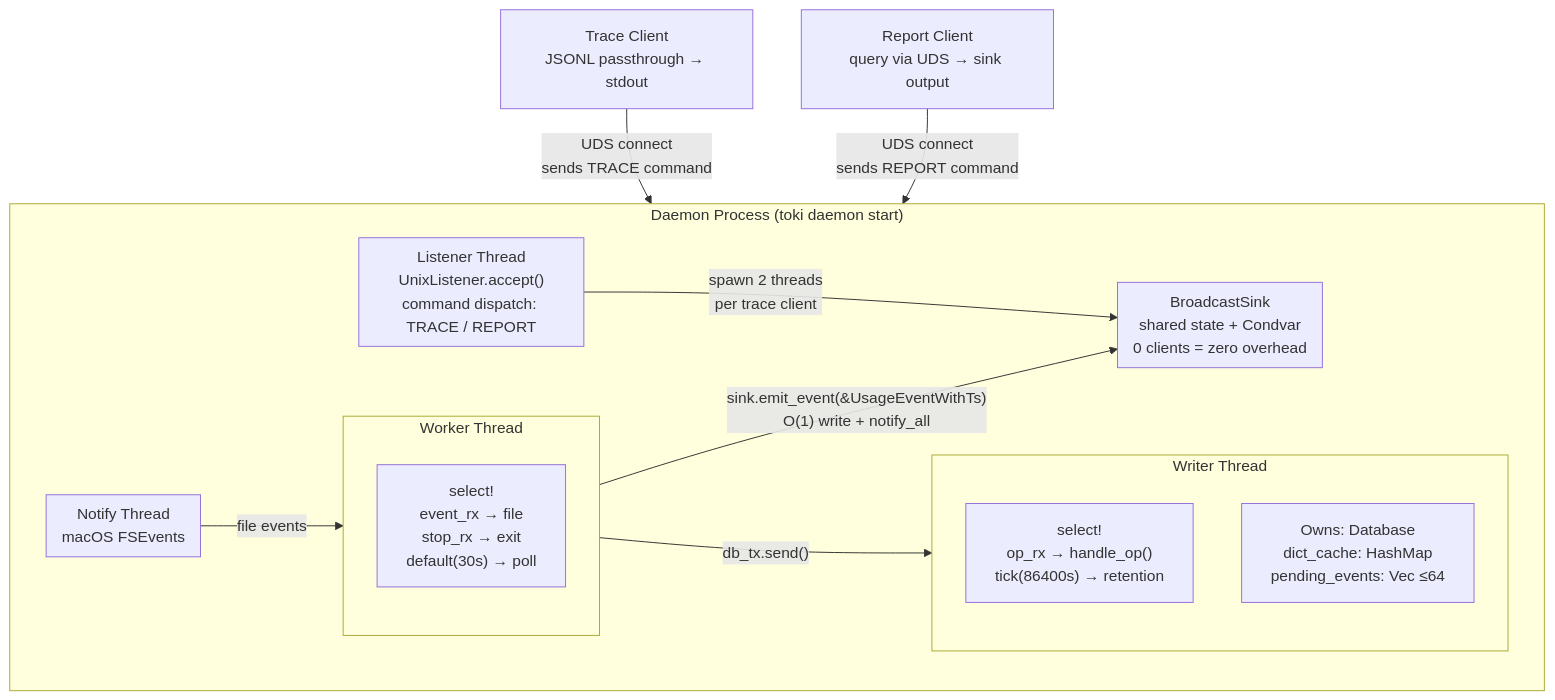
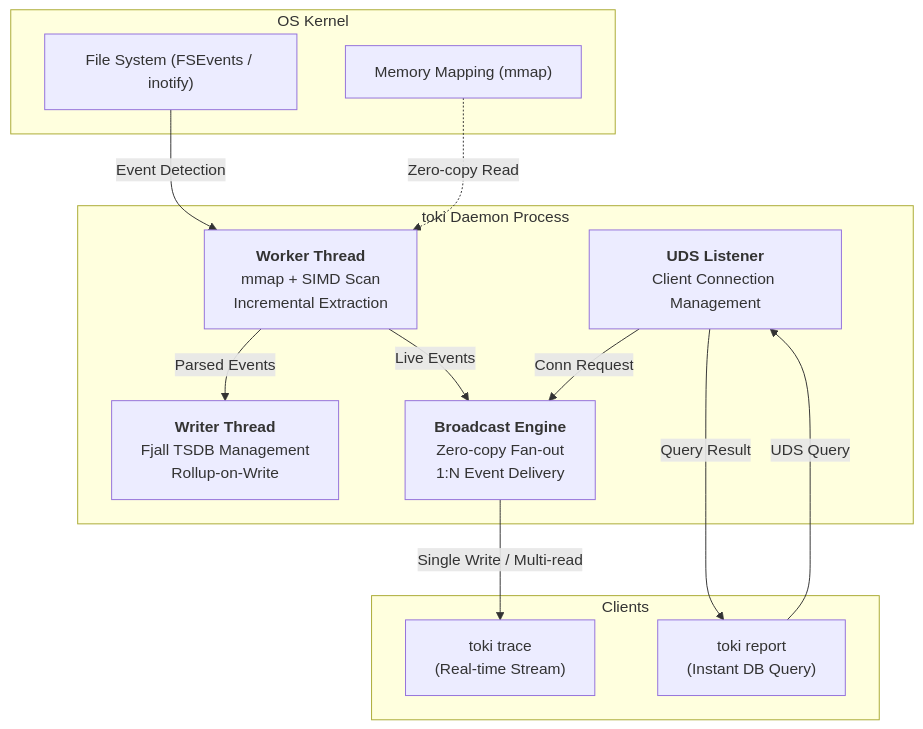
The first of 2 diagrams in docs/DESIGN.md (korjwl1/toki), drawn with Mermaid before and after one commit. The commit also changed other lines of this file and 13 other files, not shown here.

````diff
--- a/docs/DESIGN.md
+++ b/docs/DESIGN.md
@@ -10,30 +11,28 @@
 ```mermaid
 graph TD
-    subgraph Daemon["Daemon Process (toki daemon start)"]
-        subgraph Worker["Worker Thread"]
-            W_select["select!<br/>event_rx → file<br/>stop_rx → exit<br/>default(30s) → poll"]
-        end
-
-        subgraph Writer["Writer Thread"]
-            Wr_select["select!<br/>op_rx → handle_op()<br/>tick(86400s) → retention"]
-            Wr_db["Owns: Database<br/>dict_cache: HashMap<br/>pending_events: Vec ≤64"]
-        end
-
-        subgraph Notify["Notify Thread<br/>macOS FSEvents"]
-        end
-
-        subgraph Broadcast["BroadcastSink<br/>shared state + Condvar<br/>0 clients = zero overhead"]
-        end
-
-        subgraph Listener["Listener Thread<br/>UnixListener.accept()<br/>command dispatch: TRACE / REPORT"]
-        end
+    subgraph OS_Kernel["OS Kernel"]
+        FS["File System (FSEvents / inotify)"]
+        MMAP["Memory Mapping (mmap)"]
     end
 
-    Notify -->|"file events"| Worker
-    Worker -->|"db_tx.send()"| Writer
-    Worker -->|"sink.emit_event(&amp;UsageEventWithTs)<br/>O(1) write + notify_all"| Broadcast
-    Listener -->|"spawn 2 threads<br/>per trace client"| Broadcast
+    subgraph Daemon["toki Daemon Process"]
+        Worker["<b>Worker Thread</b><br/>mmap + SIMD Scan<br/>Incremental Extraction"]
+        Writer["<b>Writer Thread</b><br/>Fjall TSDB Management<br/>Rollup-on-Write"]
+        Broadcast["<b>Broadcast Engine</b><br/>Zero-copy Fan-out<br/>1:N Event Delivery"]
+        Listener["<b>UDS Listener</b><br/>Client Connection Management"]
+    end
 
-    TraceClient["Trace Client<br/>JSONL passthrough → stdout"] -->|"UDS connect<br/>sends TRACE command"| Daemon
-    ReportClient["Report Client<br/>query via UDS → sink output"] -->|"UDS connect<br/>sends REPORT command"| Daemon
+    subgraph Clients["Clients"]
+        Trace["toki trace<br/>(Real-time Stream)"]
+        Report["toki report<br/>(Instant DB Query)"]
+    end
+
+    FS -->|Event Detection| Worker
+    MMAP -.->|Zero-copy Read| Worker
+    Worker -->|Parsed Events| Writer
+    Worker -->|Live Events| Broadcast
+    Broadcast -->|Single Write / Multi-read| Trace
+    Listener -->|Conn Request| Broadcast
+    Report -->|UDS Query| Listener
+    Listener -->|Query Result| Report
 ```
````
